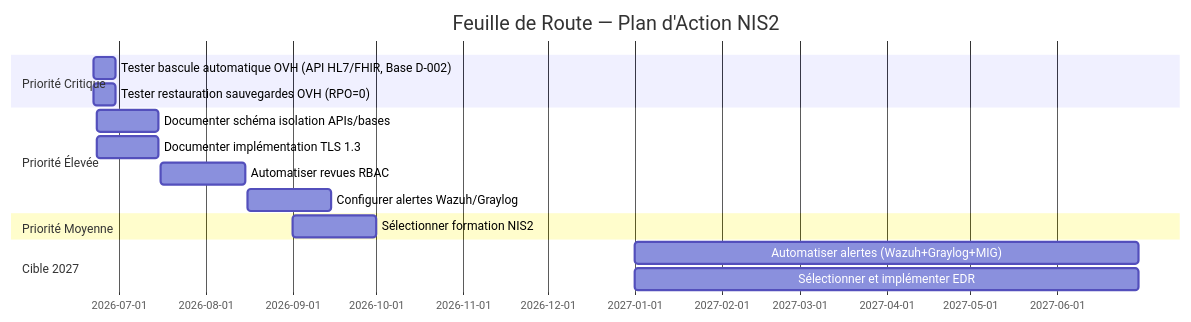
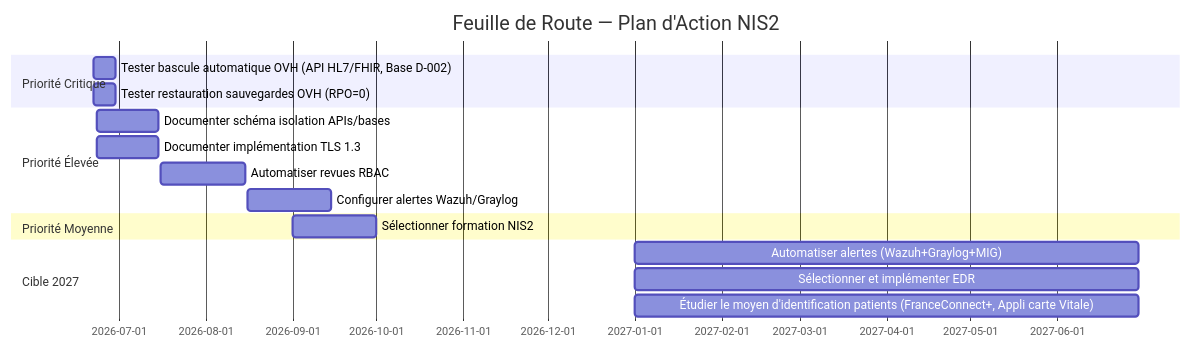
Before and after one commit to solenefig-lab/grc-pme-fictive: the diagram in semaine-4-nis2/plan_action_nis2.md, drawn with Mermaid. The commit also changed other lines of this file and 16 other files, not shown here.

Commit message:
docs(s3): MFA obligatoire pour tous (internes, praticiens, patients) — PGSSI-S ; arbitrage sur le moyen (passkey/biométrie, SMS en repli, enrôlement présentiel CHU), pas sur le niveau ; transition assumée comme risque accepté, réexamen 2027; supp: dossier bonus vide.

````diff
--- a/semaine-4-nis2/plan_action_nis2.md
+++ b/semaine-4-nis2/plan_action_nis2.md
@@ -144,18 +145,19 @@
 ```mermaid
 gantt
     title Feuille de Route — Plan d'Action NIS2
     dateFormat  YYYY-MM-DD
     section Priorité Critique
     Tester bascule automatique OVH (API HL7/FHIR, Base D-002) :a1, 2026-06-22, 8d
     Tester restauration sauvegardes OVH (RPO=0) :a2, 2026-06-22, 8d
     section Priorité Élevée
     Documenter schéma isolation APIs/bases :b1, 2026-06-23, 22d
     Documenter implémentation TLS 1.3 :b2, 2026-06-23, 22d
     Automatiser revues RBAC :b3, 2026-07-16, 30d
     Configurer alertes Wazuh/Graylog :b4, 2026-08-16, 30d
     section Priorité Moyenne
     Sélectionner formation NIS2 :c1, 2026-09-01, 30d
     section Cible 2027
     Automatiser alertes (Wazuh+Graylog+MIG) :d1, 2027-01-01, 180d
     Sélectionner et implémenter EDR :d2, 2027-01-01, 180d
+    Étudier le moyen d'identification patients (FranceConnect+, Appli carte Vitale) :d3, 2027-01-01, 180d
 ```
````
